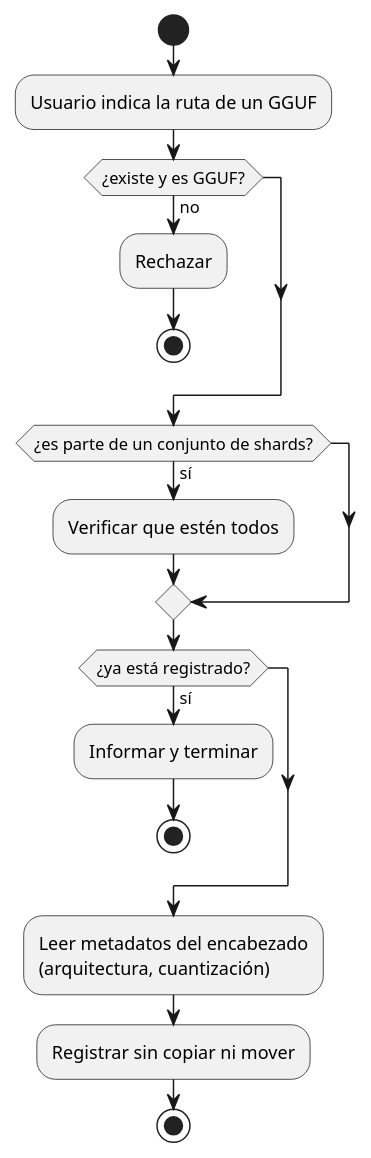
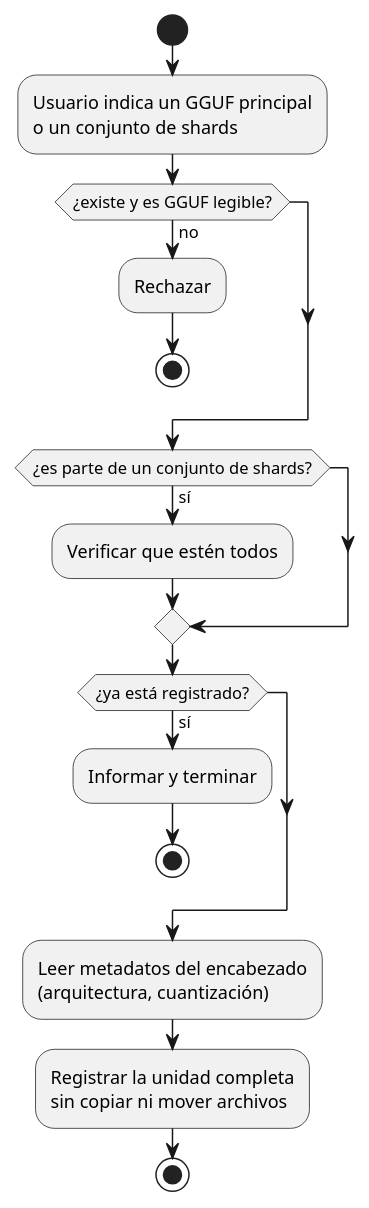
One commit to mstranich/coquena changed the fourth of 7 diagrams in docs/actividades.md. Above: the diagram before and after it, drawn with PlantUML. The commit also changed other lines of this file and 7 other files, not shown here.

````diff
--- a/docs/actividades.md
+++ b/docs/actividades.md
@@ -133,20 +134,20 @@
 ```plantuml
 @startuml
 start
-:Usuario indica la ruta de un GGUF;
-if (¿existe y es GGUF?) then (no)
+:Usuario indica un GGUF principal\no un conjunto de shards;
+if (¿existe y es GGUF legible?) then (no)
   :Rechazar;
   stop
 endif
 if (¿es parte de un conjunto de shards?) then (sí)
   :Verificar que estén todos;
 endif
 if (¿ya está registrado?) then (sí)
   :Informar y terminar;
   stop
 endif
 :Leer metadatos del encabezado\n(arquitectura, cuantización);
-:Registrar sin copiar ni mover;
+:Registrar la unidad completa\nsin copiar ni mover archivos;
 stop
 @enduml
 ```
````
